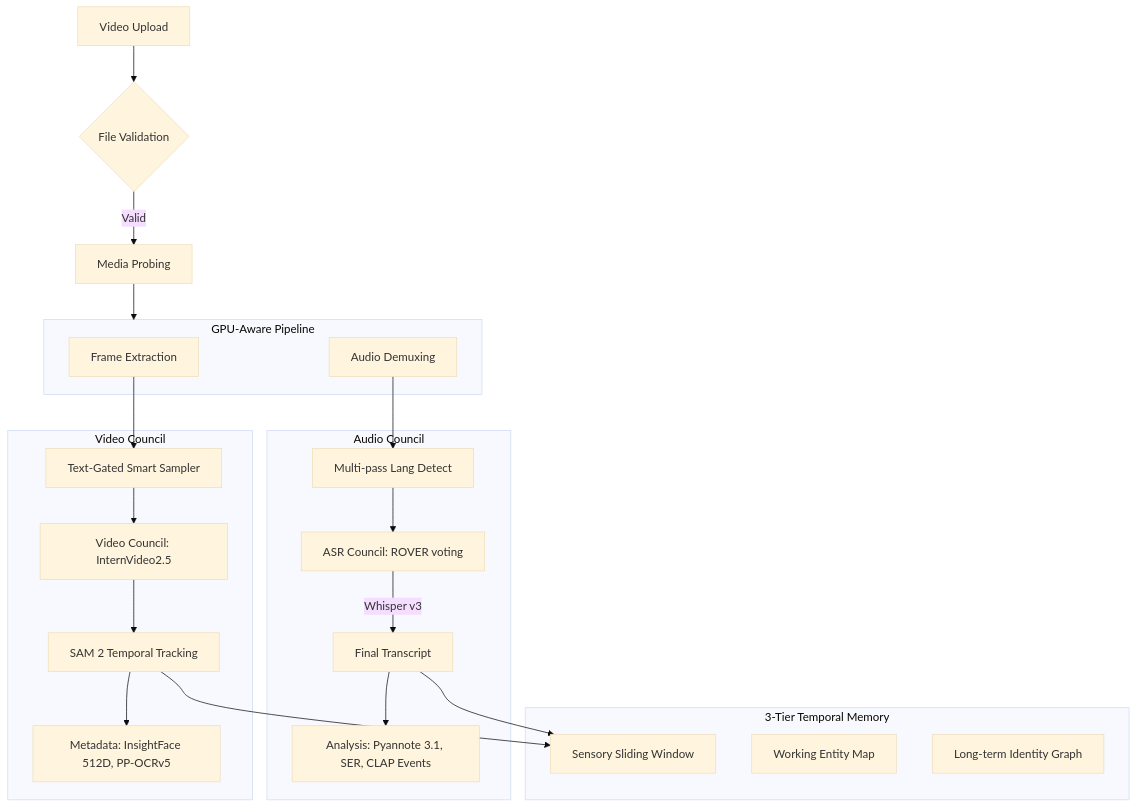
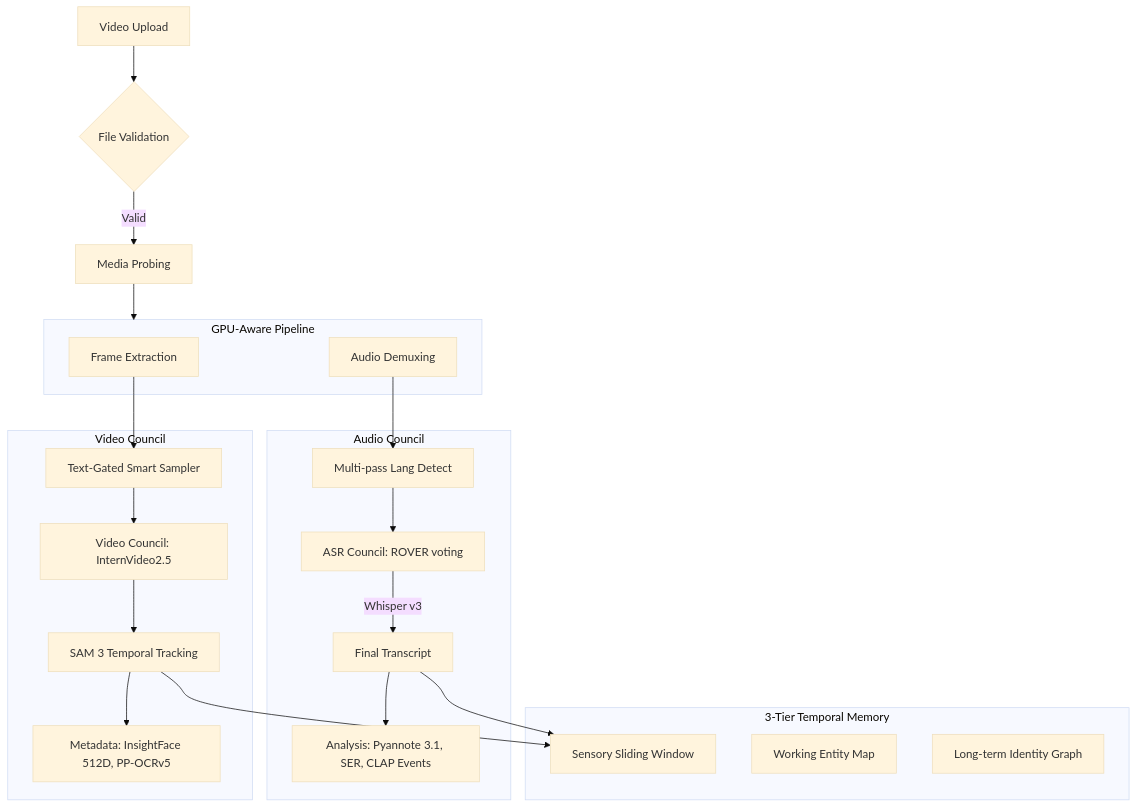
The first of 2 diagrams in README.md (gnanaprakash2918/AI-Media-Indexer), drawn with Mermaid (base theme) before and after one commit. The commit also changed other lines of this file and 3 other files, not shown here.

````diff
--- a/README.md
+++ b/README.md
@@ -30,36 +30,36 @@
 ```mermaid
 flowchart TD
     A[Video Upload] --> B{File Validation}
     B -->|Valid| C[Media Probing]
     
     C --> D[Parallel Pipeline Orchestration]
     
     subgraph D[GPU-Aware Pipeline]
         D1[Frame Extraction]
         D2[Audio Demuxing]
     end
     
     subgraph AudioLogic[Audio Council]
         AL[Multi-pass Lang Detect] --> AC[ASR Council: ROVER voting]
         AC -->|Whisper v3| AT[Final Transcript]
         AT --> AD[Analysis: Pyannote 3.1, SER, CLAP Events]
     end
     
     subgraph VideoLogic[Video Council]
         VS[Text-Gated Smart Sampler] --> VC[Video Council: InternVideo2.5]
-        VC --> VT[SAM 2 Temporal Tracking]
+        VC --> VT[SAM 3 Temporal Tracking]
         VT --> VM[Metadata: InsightFace 512D, PP-OCRv5]
     end
     
     D1 --> VS
     D2 --> AL
     
     subgraph Memory[3-Tier Temporal Memory]
         SW[Sensory Sliding Window]
         WM[Working Entity Map]
         LT[Long-term Identity Graph]
     end
     
     VT --> SW
     AT --> SW
 ```
````
